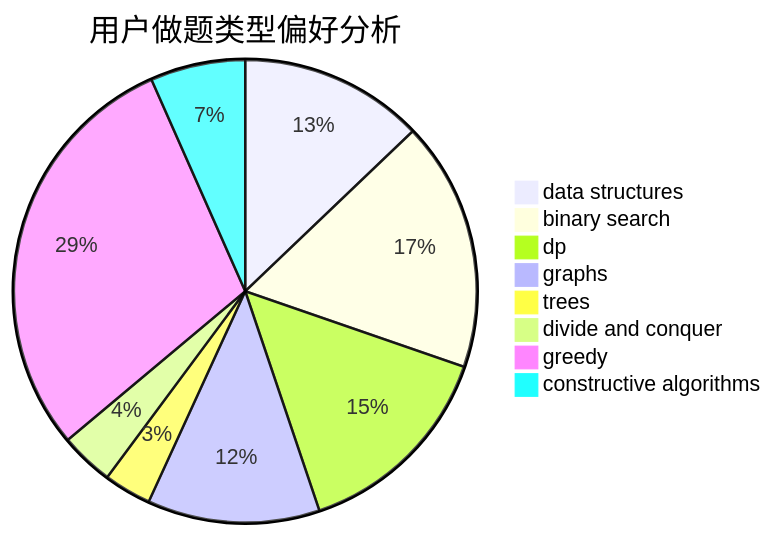
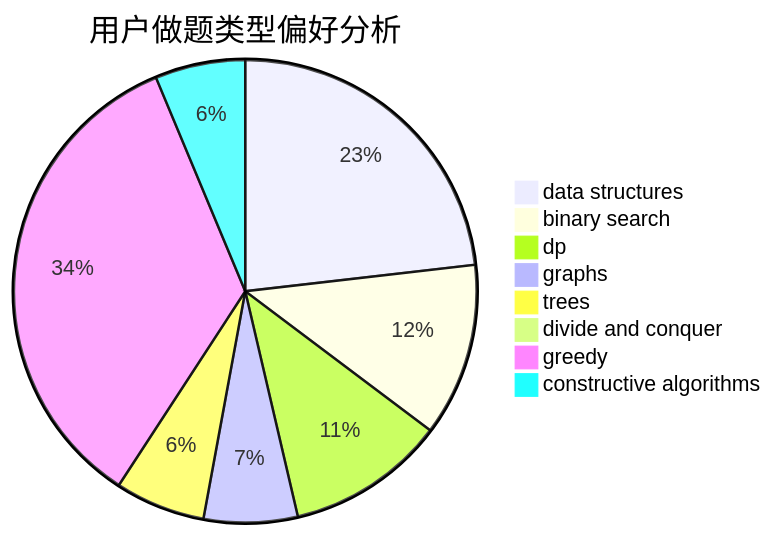
The second of 3 diagrams in docs/user/u523.md (sherpahu/cfrs.github.io), drawn with Mermaid before and after one commit. The commit also changed other lines of this file and 2770 other files, not shown here.

````diff
--- a/docs/user/u523.md
+++ b/docs/user/u523.md
@@ -23,11 +23,11 @@
 ```mermaid
 pie title 用户做题类型偏好分析
-    "data structures" :  31
-    "binary search" :  42
-    "dp" :  35
-    "graphs" :  29
-    "trees" :  8
-    "divide and conquer" :  9
-    "greedy" :  71
-    "constructive algorithms" :  16
+    "data structures" :  92
+    "binary search" :  48
+    "dp" :  44
+    "graphs" :  26
+    "trees" :  25
+    "divide and conquer" :  1
+    "greedy" :  137
+    "constructive algorithms" :  25
 ```
````
